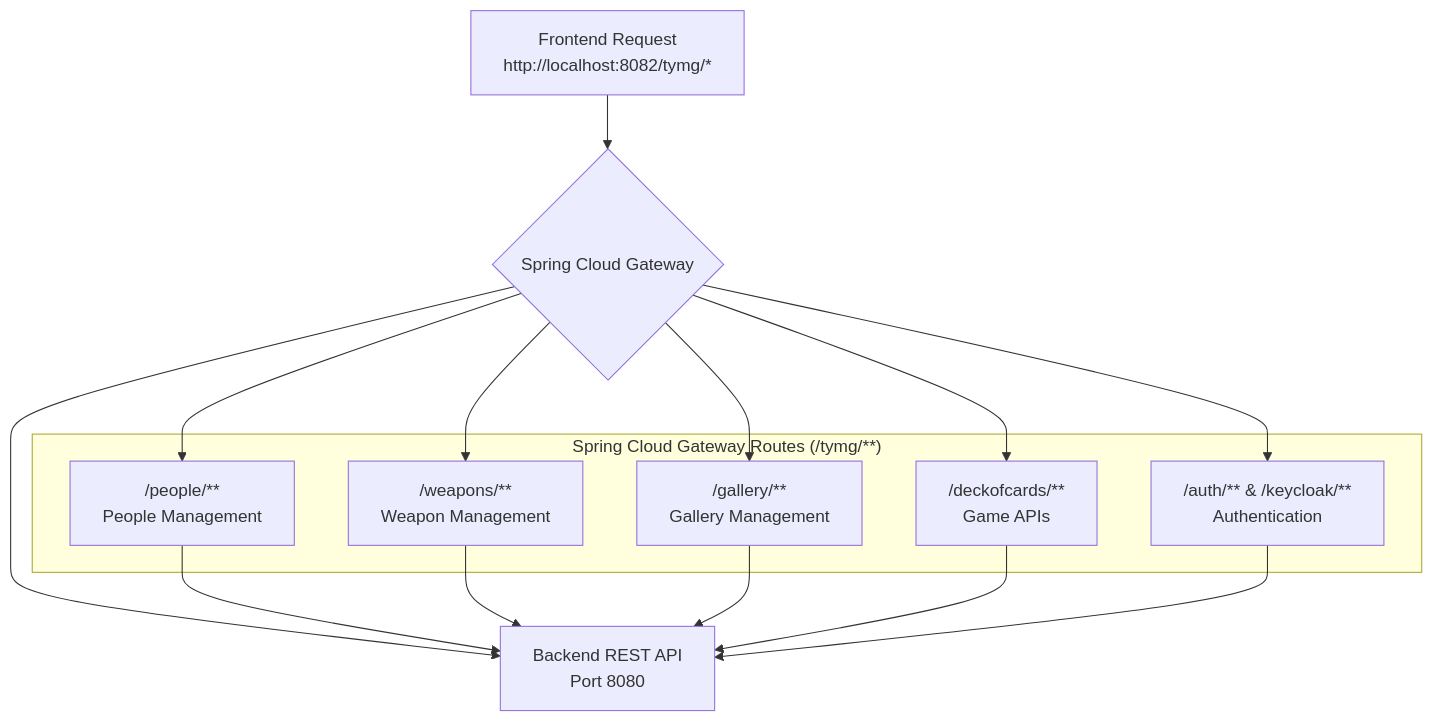
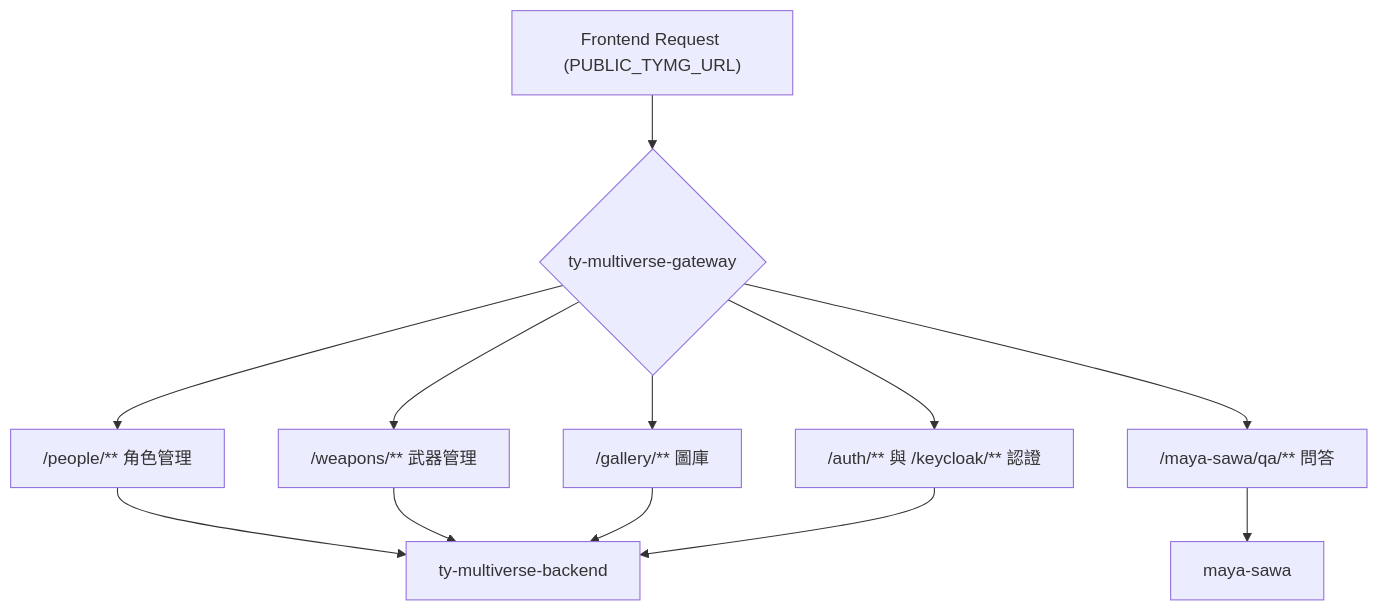
The fourth of 6 diagrams in README.md (Vinskao/ty-multiverse), drawn with Mermaid before and after one commit. The commit also changed other lines of this file, not shown here.

First line of the commit message:
docs(readme): refresh architecture diagrams to match current code

````diff
--- a/README.md
+++ b/README.md
@@ -91,25 +122,14 @@
 ```mermaid
 graph TD
-    A[Frontend Request<br/>http://localhost:8082/tymg/*] --> B{Spring Cloud Gateway}
-    B --> C[Backend REST API<br/>Port 8080]
-
-    subgraph "Spring Cloud Gateway Routes (/tymg/**)"
-        D["/people/**<br/>People Management"]
-        E["/weapons/**<br/>Weapon Management"]
-        F["/gallery/**<br/>Gallery Management"]
-        G["/deckofcards/**<br/>Game APIs"]
-        H["/auth/** & /keycloak/**<br/>Authentication"]
-    end
-
-    B --> D
-    B --> E
-    B --> F
-    B --> G
-    B --> H
-
-    D --> C
+    A["Frontend Request (PUBLIC_TYMG_URL)"] --> B{"ty-multiverse-gateway"}
+    B --> D["/people/** 角色管理"]
+    B --> E["/weapons/** 武器管理"]
+    B --> F["/gallery/** 圖庫"]
+    B --> H["/auth/** 與 /keycloak/** 認證"]
+    B --> Q["/maya-sawa/qa/** 問答"]
+    D --> C["ty-multiverse-backend"]
     E --> C
     F --> C
-    G --> C
     H --> C
+    Q --> MS["maya-sawa"]
 ```
````
